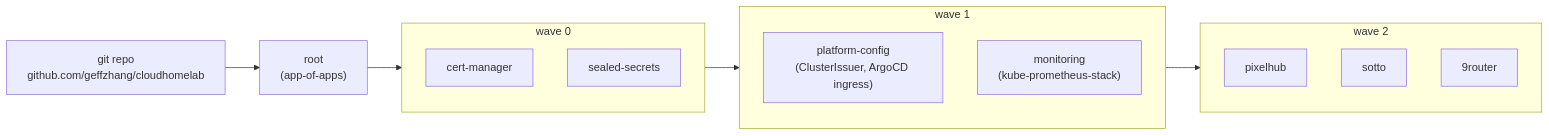
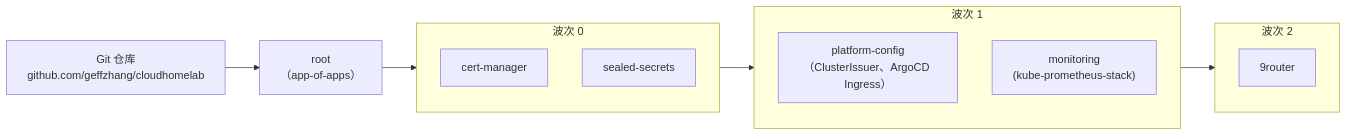
One commit to geffzhang/cloudhomelab changed the second of 4 diagrams in docs/architecture/overview.md. Above: the diagram before and after it, drawn with Mermaid. The commit also changed other lines of this file and 30 other files, not shown here.

First line of the commit message:
chore: remove pixelhub, sotto, landing apps and trim grafana dashboard

````diff
--- a/docs/architecture/overview.md
+++ b/docs/architecture/overview.md
@@ -59,23 +46,21 @@
 ```mermaid
 graph LR
-    Git["git repo<br/>github.com/geffzhang/cloudhomelab"]
-    Root["root<br/>(app-of-apps)"]
+    Git["Git 仓库<br/>github.com/geffzhang/cloudhomelab"]
+    Root["root<br/>（app-of-apps）"]
 
     Git --> Root
 
-    subgraph w0["wave 0"]
+    subgraph w0["波次 0"]
         CM["cert-manager"]
         SS["sealed-secrets"]
     end
-    subgraph w1["wave 1"]
-        PC["platform-config<br/>(ClusterIssuer, ArgoCD ingress)"]
+    subgraph w1["波次 1"]
+        PC["platform-config<br/>（ClusterIssuer、ArgoCD Ingress）"]
         MON["monitoring<br/>(kube-prometheus-stack)"]
     end
-    subgraph w2["wave 2"]
-        PH["pixelhub"]
-        SOT["sotto"]
+    subgraph w2["波次 2"]
         R9R["9router"]
     end
 
     Root --> w0 --> w1 --> w2
 ```
````
